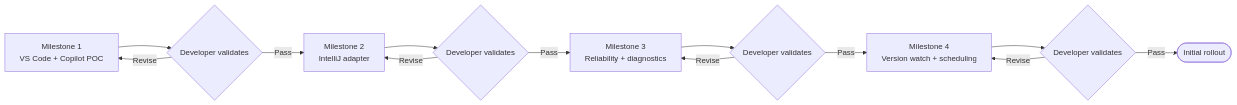
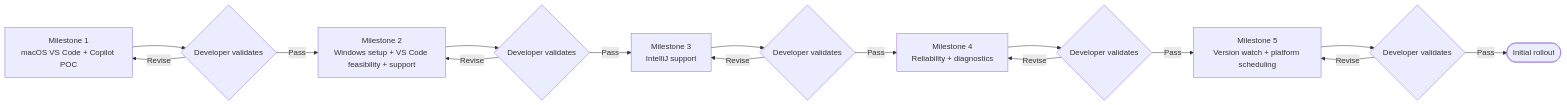
Before and after one commit to jimthompson5802/ide-tester: the fifth of 5 diagrams in specifications/ide-copilot-smoke-harness-proposal.md, drawn with Mermaid. The commit also changed other lines of this file, not shown here.

Commit message:
Enhance IDE smoke-test harness proposal with multi-platform support and detailed requirements

````diff
--- a/specifications/ide-copilot-smoke-harness-proposal.md
+++ b/specifications/ide-copilot-smoke-harness-proposal.md
@@ -346,15 +368,18 @@
 ```mermaid
 flowchart LR
-    M1[Milestone 1<br/>VS Code + Copilot POC] --> G1{Developer validates}
-    G1 -- Pass --> M2[Milestone 2<br/>IntelliJ adapter]
+    M1[Milestone 1<br/>macOS VS Code + Copilot POC] --> G1{Developer validates}
+    G1 -- Pass --> M2[Milestone 2<br/>Windows setup + VS Code feasibility + support]
     G1 -- Revise --> M1
     M2 --> G2{Developer validates}
-    G2 -- Pass --> M3[Milestone 3<br/>Reliability + diagnostics]
+    G2 -- Pass --> M3[Milestone 3<br/>IntelliJ support]
     G2 -- Revise --> M2
     M3 --> G3{Developer validates}
-    G3 -- Pass --> M4[Milestone 4<br/>Version watch + scheduling]
+    G3 -- Pass --> M4[Milestone 4<br/>Reliability + diagnostics]
     G3 -- Revise --> M3
     M4 --> G4{Developer validates}
     G4 -- Revise --> M4
-    G4 -- Pass --> D([Initial rollout])
+    G4 -- Pass --> M5[Milestone 5<br/>Version watch + platform scheduling]
+    M5 --> G5{Developer validates}
+    G5 -- Revise --> M5
+    G5 -- Pass --> D([Initial rollout])
 ```
````
